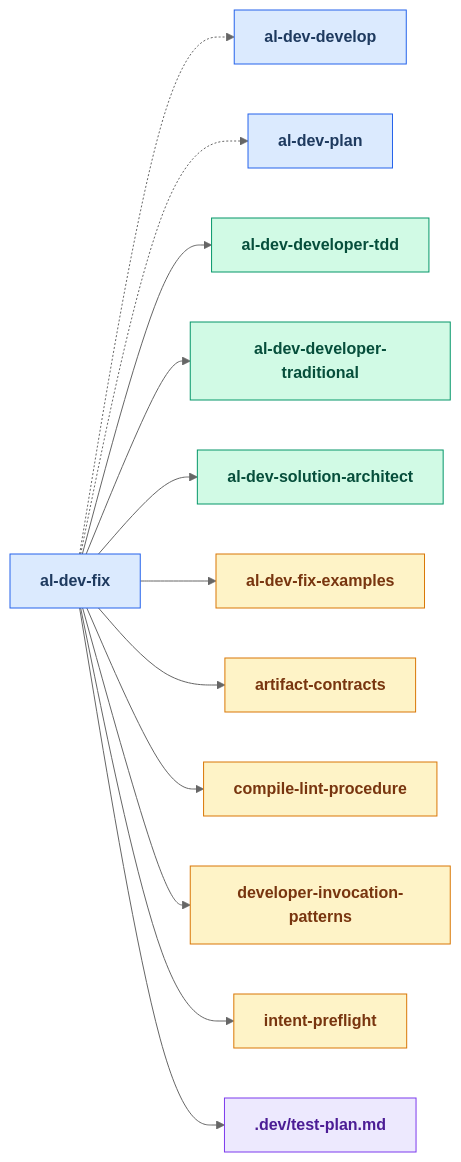
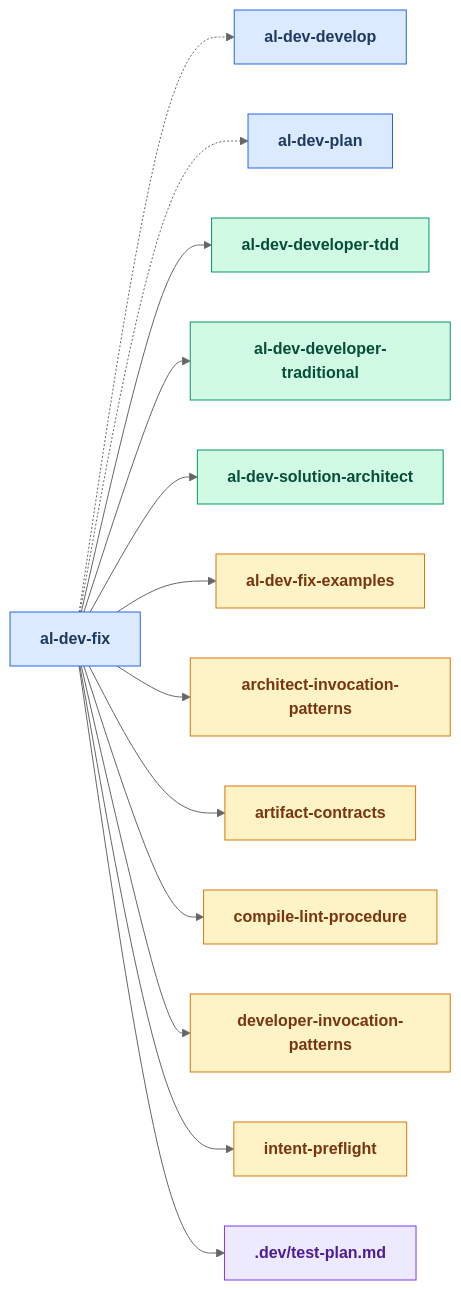
Before and after one commit to russell-laing/al-dev-shared: the fifth of 24 diagrams in docs/al-dev-skills-map.md, drawn with Mermaid (neutral theme). The commit also changed other lines of this file and 3 other files, not shown here.

````diff
--- a/docs/al-dev-skills-map.md
+++ b/docs/al-dev-skills-map.md
@@ -238,46 +238,49 @@
 ```mermaid
 flowchart LR
     classDef skillNode fill:#dbeafe,stroke:#2563eb,color:#1e3a5f,font-weight:bold
     classDef agentNode fill:#d1fae5,stroke:#059669,color:#064e3b,font-weight:bold
     classDef knowledgeNode fill:#fef3c7,stroke:#d97706,color:#78350f,font-weight:bold
     classDef artifactNode fill:#ede9fe,stroke:#7c3aed,color:#4c1d95,font-weight:bold
     classDef phaseNode fill:#e0e7ff,stroke:#6366f1,color:#312e81,font-weight:bold
 
     skill_al_dev_fix[al-dev-fix]
     skill_al_dev_develop[al-dev-develop]
     skill_al_dev_plan[al-dev-plan]
     agent_al_dev_developer_tdd[al-dev-developer-tdd]
     agent_al_dev_developer_traditional[al-dev-developer-traditional]
     agent_al_dev_solution_architect[al-dev-solution-architect]
     knowledge_al_dev_fix_examples_md[al-dev-fix-examples]
+    knowledge_architect_invocation_patterns_md[architect-invocation-patterns]
     knowledge_artifact_contracts_md[artifact-contracts]
     knowledge_compile_lint_procedure_md[compile-lint-procedure]
     knowledge_developer_invocation_patterns_md[developer-invocation-patterns]
     knowledge_intent_preflight_md[intent-preflight]
     artifact_test_plan_md[.dev/test-plan.md]
 
     skill_al_dev_fix -.-> skill_al_dev_develop
     skill_al_dev_fix -.-> skill_al_dev_plan
     skill_al_dev_fix --> agent_al_dev_developer_tdd
     skill_al_dev_fix --> agent_al_dev_developer_traditional
     skill_al_dev_fix --> agent_al_dev_solution_architect
     skill_al_dev_fix --> knowledge_al_dev_fix_examples_md
+    skill_al_dev_fix --> knowledge_architect_invocation_patterns_md
     skill_al_dev_fix --> knowledge_artifact_contracts_md
     skill_al_dev_fix --> knowledge_compile_lint_procedure_md
     skill_al_dev_fix --> knowledge_developer_invocation_patterns_md
     skill_al_dev_fix --> knowledge_intent_preflight_md
     skill_al_dev_fix --> artifact_test_plan_md
 
     class skill_al_dev_fix skillNode
     class skill_al_dev_develop skillNode
     class skill_al_dev_plan skillNode
     class agent_al_dev_developer_tdd agentNode
     class agent_al_dev_developer_traditional agentNode
     class agent_al_dev_solution_architect agentNode
     class knowledge_al_dev_fix_examples_md knowledgeNode
+    class knowledge_architect_invocation_patterns_md knowledgeNode
     class knowledge_artifact_contracts_md knowledgeNode
     class knowledge_compile_lint_procedure_md knowledgeNode
     class knowledge_developer_invocation_patterns_md knowledgeNode
     class knowledge_intent_preflight_md knowledgeNode
     class artifact_test_plan_md artifactNode
 ```
````
